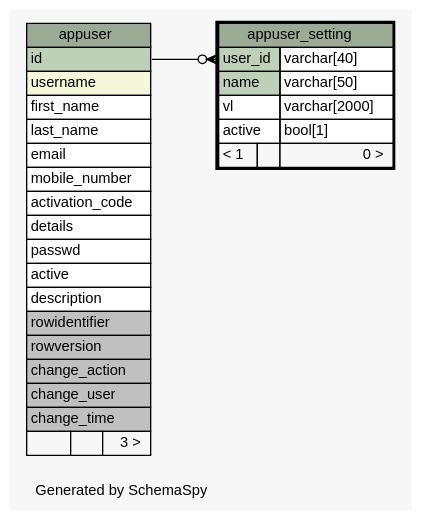
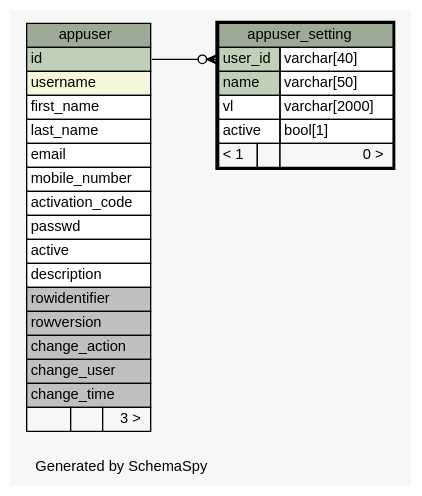
Before and after one commit to SOLA-FAO/database_sola: the diagram in doc/system/diagrams/appuser_setting.1degree.dot, drawn with Graphviz. The commit also changed 321 other files, not shown here.

Commit message:
[#412 responsible:none state:fixed] opentenure schema created and party and document tables extended with extra fields.

```diff
--- a/doc/system/diagrams/appuser_setting.1degree.dot
+++ b/doc/system/diagrams/appuser_setting.1degree.dot
@@ -1,61 +1,60 @@
 // dot 2.36.0 on Windows 7 6.1
 // SchemaSpy rev 590
 digraph "oneDegreeRelationshipsDiagram" {
   graph [
     rankdir="RL"
     bgcolor="#f7f7f7"
     label="\nGenerated by SchemaSpy"
     labeljust="l"
     nodesep="0.18"
     ranksep="0.46"
     fontname="Helvetica"
     fontsize="11"
   ];
   node [
     fontname="Helvetica"
     fontsize="11"
     shape="plaintext"
   ];
   edge [
     arrowsize="0.8"
   ];
   "appuser_setting":"user_id":w -> "appuser":"id":e [arrowhead=none dir=back arrowtail=crowodot];
   "appuser" [
     label=<
     <TABLE BORDER="0" CELLBORDER="1" CELLSPACING="0" BGCOLOR="#ffffff">
       <TR><TD COLSPAN="3" BGCOLOR="#9bab96" ALIGN="CENTER">appuser</TD></TR>
       <TR><TD PORT="id" COLSPAN="3" BGCOLOR="#bed1b8" ALIGN="LEFT">id</TD></TR>
       <TR><TD PORT="username" COLSPAN="3" BGCOLOR="#f4f7da" ALIGN="LEFT">username</TD></TR>
       <TR><TD PORT="first_name" COLSPAN="3" ALIGN="LEFT">first_name</TD></TR>
       <TR><TD PORT="last_name" COLSPAN="3" ALIGN="LEFT">last_name</TD></TR>
       <TR><TD PORT="email" COLSPAN="3" ALIGN="LEFT">email</TD></TR>
       <TR><TD PORT="mobile_number" COLSPAN="3" ALIGN="LEFT">mobile_number</TD></TR>
       <TR><TD PORT="activation_code" COLSPAN="3" ALIGN="LEFT">activation_code</TD></TR>
-      <TR><TD PORT="details" COLSPAN="3" ALIGN="LEFT">details</TD></TR>
       <TR><TD PORT="passwd" COLSPAN="3" ALIGN="LEFT">passwd</TD></TR>
       <TR><TD PORT="active" COLSPAN="3" ALIGN="LEFT">active</TD></TR>
       <TR><TD PORT="description" COLSPAN="3" ALIGN="LEFT">description</TD></TR>
       <TR><TD PORT="rowidentifier" COLSPAN="3" BGCOLOR="#c0c0c0" ALIGN="LEFT">rowidentifier</TD></TR>
       <TR><TD PORT="rowversion" COLSPAN="3" BGCOLOR="#c0c0c0" ALIGN="LEFT">rowversion</TD></TR>
       <TR><TD PORT="change_action" COLSPAN="3" BGCOLOR="#c0c0c0" ALIGN="LEFT">change_action</TD></TR>
       <TR><TD PORT="change_user" COLSPAN="3" BGCOLOR="#c0c0c0" ALIGN="LEFT">change_user</TD></TR>
       <TR><TD PORT="change_time" COLSPAN="3" BGCOLOR="#c0c0c0" ALIGN="LEFT">change_time</TD></TR>
       <TR><TD ALIGN="LEFT" BGCOLOR="#f7f7f7">  </TD><TD ALIGN="RIGHT" BGCOLOR="#f7f7f7">  </TD><TD ALIGN="RIGHT" BGCOLOR="#f7f7f7">3 &gt;</TD></TR>
     </TABLE>>
     URL="appuser.html"
     tooltip="appuser"
   ];
   "appuser_setting" [
     label=<
     <TABLE BORDER="2" CELLBORDER="1" CELLSPACING="0" BGCOLOR="#ffffff">
       <TR><TD COLSPAN="3" BGCOLOR="#9bab96" ALIGN="CENTER">appuser_setting</TD></TR>
       <TR><TD PORT="user_id" COLSPAN="2" BGCOLOR="#bed1b8" ALIGN="LEFT">user_id</TD><TD PORT="user_id.type" ALIGN="LEFT">varchar[40]</TD></TR>
       <TR><TD PORT="name" COLSPAN="2" BGCOLOR="#bed1b8" ALIGN="LEFT">name</TD><TD PORT="name.type" ALIGN="LEFT">varchar[50]</TD></TR>
       <TR><TD PORT="vl" COLSPAN="2" ALIGN="LEFT">vl</TD><TD PORT="vl.type" ALIGN="LEFT">varchar[2000]</TD></TR>
       <TR><TD PORT="active" COLSPAN="2" ALIGN="LEFT">active</TD><TD PORT="active.type" ALIGN="LEFT">bool[1]</TD></TR>
       <TR><TD ALIGN="LEFT" BGCOLOR="#f7f7f7">&lt; 1</TD><TD ALIGN="RIGHT" BGCOLOR="#f7f7f7">  </TD><TD ALIGN="RIGHT" BGCOLOR="#f7f7f7">0 &gt;</TD></TR>
     </TABLE>>
     URL="appuser_setting.html"
     tooltip="appuser_setting"
   ];
 }
```
